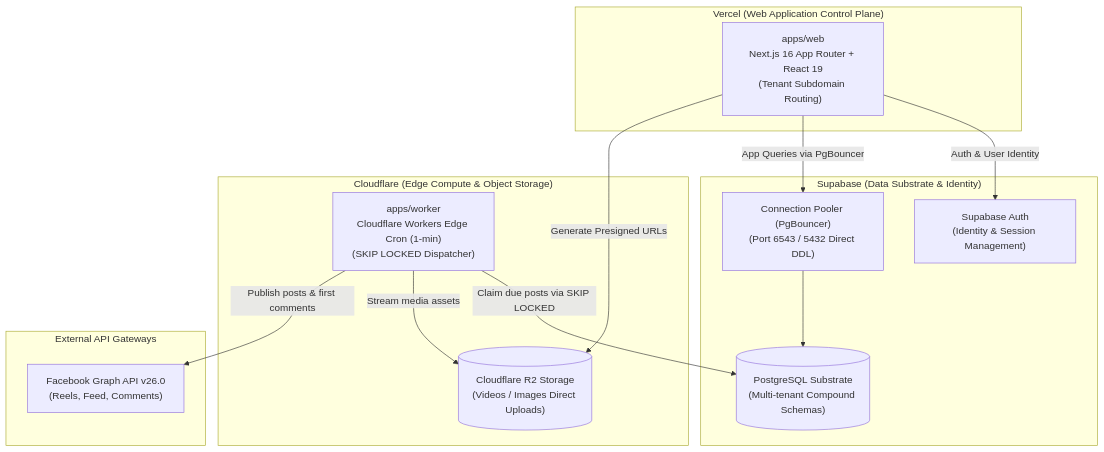
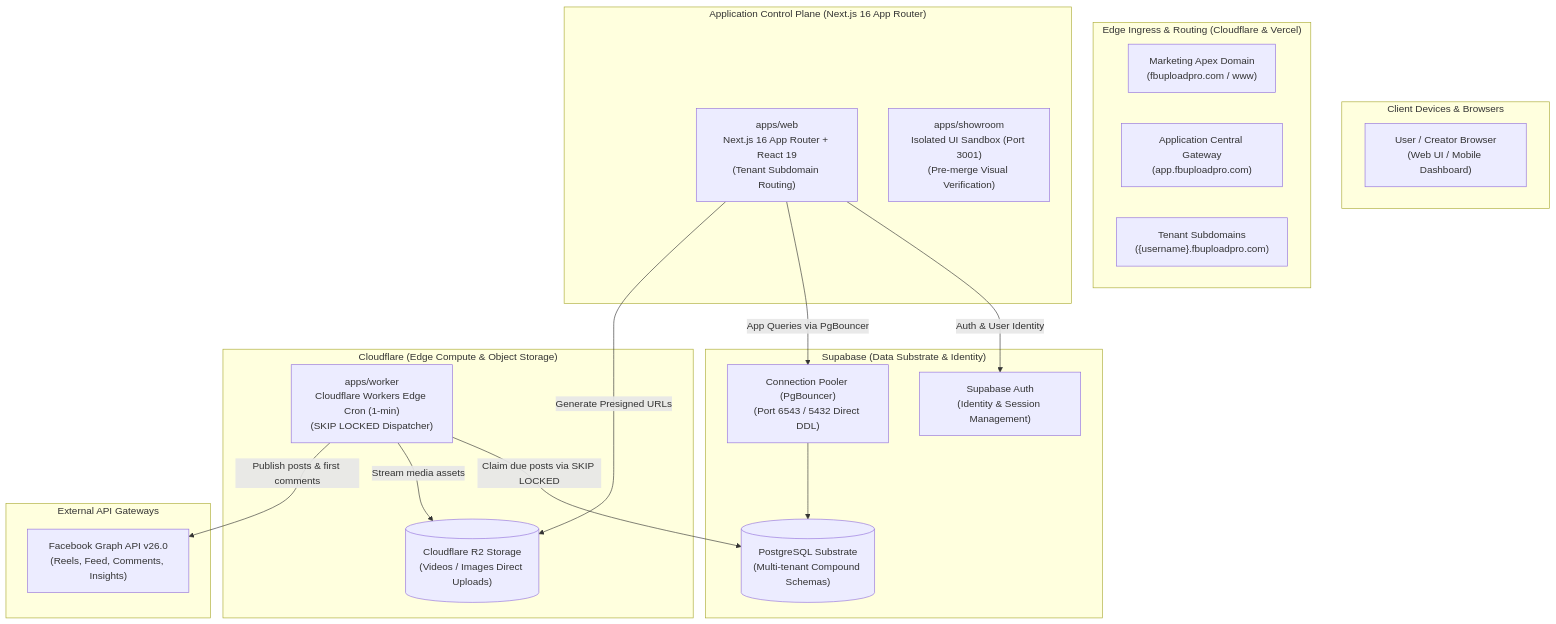
The first of 2 diagrams in docs/foundational-knowledge.md (Velocta/fbuploadpro), drawn with Mermaid before and after one commit. The commit also changed other lines of this file and 29 other files, not shown here.

````diff
--- a/docs/foundational-knowledge.md
+++ b/docs/foundational-knowledge.md
@@ -17,29 +13,40 @@
 ```mermaid
 flowchart TD
-    subgraph VercelHost ["Vercel (Web Application Control Plane)"]
+    subgraph ClientLayer ["Client Devices & Browsers"]
+        UserBrowser["User / Creator Browser\n(Web UI / Mobile Dashboard)"]
+    end
+
+    subgraph EdgeEntry ["Edge Ingress & Routing (Cloudflare & Vercel)"]
+        Apex["Marketing Apex Domain\n(fbuploadpro.com / www)"]
+        Gateway["Application Central Gateway\n(app.fbuploadpro.com)"]
+        TenantWorkspace["Tenant Subdomains\n({username}.fbuploadpro.com)"]
+    end
+
+    subgraph AppPlane ["Application Control Plane (Next.js 16 App Router)"]
         Web["apps/web\nNext.js 16 App Router + React 19\n(Tenant Subdomain Routing)"]
+        Showroom["apps/showroom\nIsolated UI Sandbox (Port 3001)\n(Pre-merge Visual Verification)"]
     end
 
     subgraph SupabaseCloud ["Supabase (Data Substrate & Identity)"]
         Auth["Supabase Auth\n(Identity & Session Management)"]
         PG[("PostgreSQL Substrate\n(Multi-tenant Compound Schemas)")]
         Pooler["Connection Pooler (PgBouncer)\n(Port 6543 / 5432 Direct DDL)"]
     end
 
     subgraph CloudflareEdge ["Cloudflare (Edge Compute & Object Storage)"]
         Worker["apps/worker\nCloudflare Workers Edge Cron (1-min)\n(SKIP LOCKED Dispatcher)"]
         R2[("Cloudflare R2 Storage\n(Videos / Images Direct Uploads)")]
     end
 
     subgraph ExternalServices ["External API Gateways"]
-        FB["Facebook Graph API v26.0\n(Reels, Feed, Comments)"]
+        FB["Facebook Graph API v26.0\n(Reels, Feed, Comments, Insights)"]
     end
 
     Web -->|Auth & User Identity| Auth
     Web -->|App Queries via PgBouncer| Pooler
     Pooler --> PG
     Web -->|Generate Presigned URLs| R2
     Worker -->|Claim due posts via SKIP LOCKED| PG
     Worker -->|Stream media assets| R2
     Worker -->|Publish posts & first comments| FB
 ```
````
